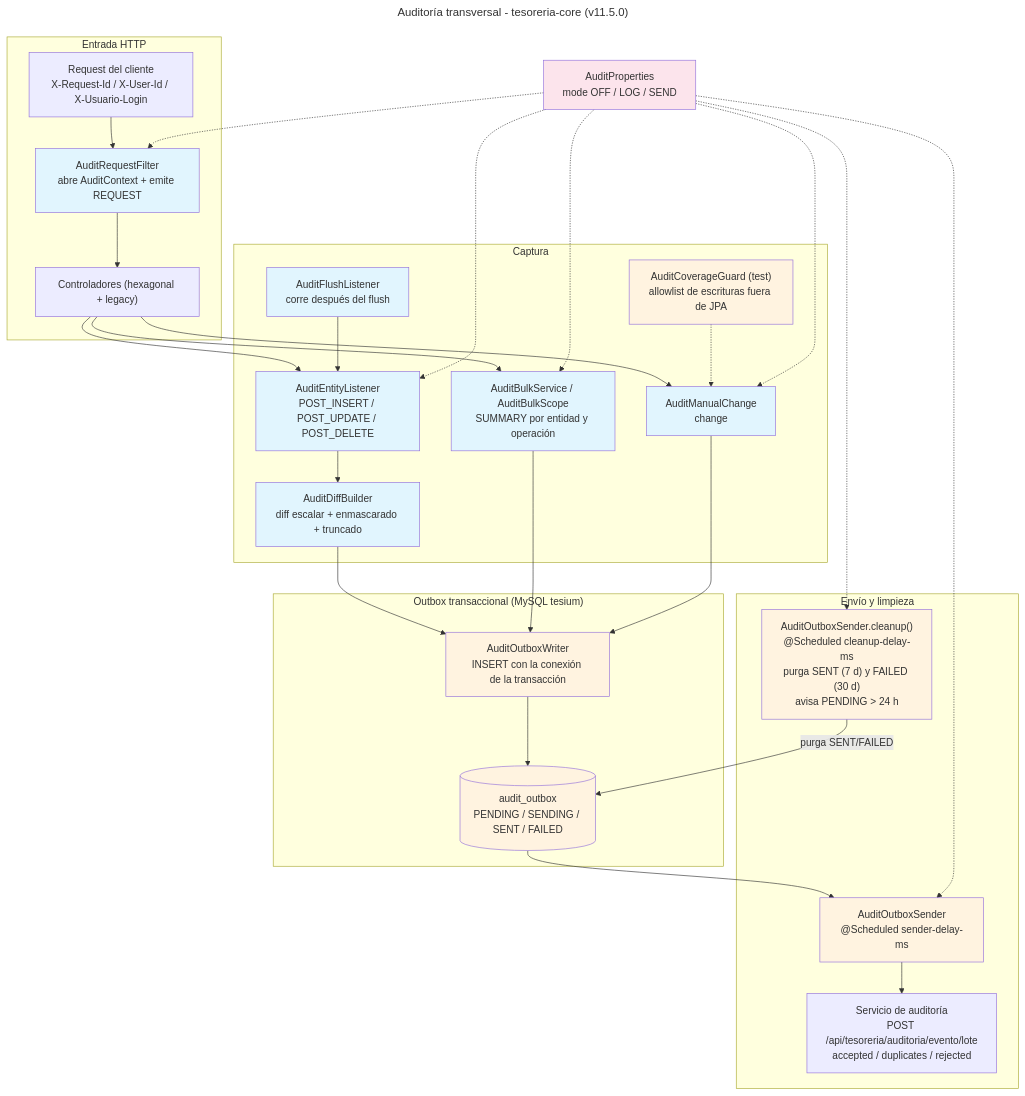
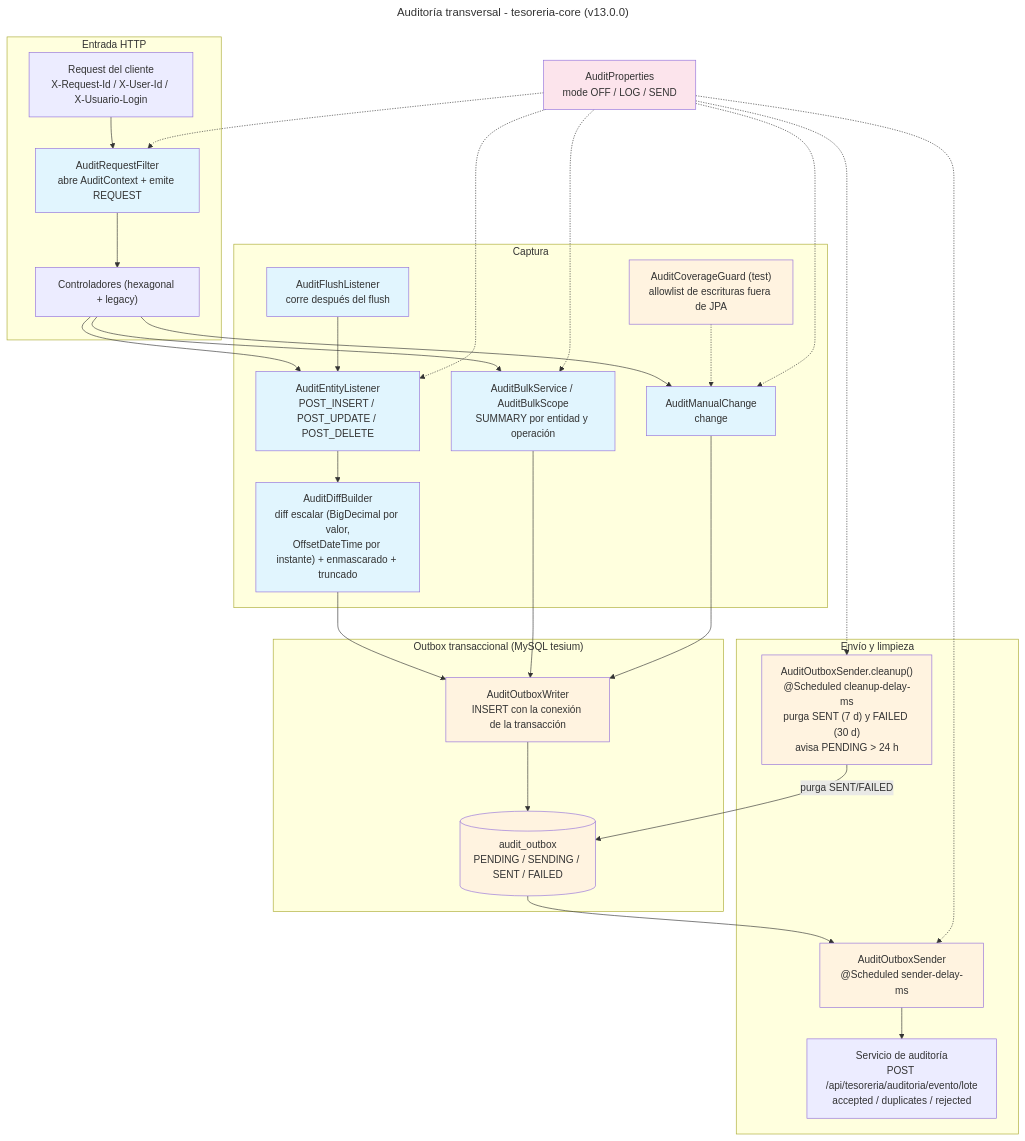
Before and after one commit to UM-services/UM.tesoreria.core-service: the diagram in docs/auditoria.mmd, drawn with Mermaid. The commit also changed 9 other files, not shown here.

```diff
--- a/docs/auditoria.mmd
+++ b/docs/auditoria.mmd
@@ -1,67 +1,67 @@
 ---
-title: Auditoría transversal - tesoreria-core (v11.5.0)
+title: Auditoría transversal - tesoreria-core (v13.0.0)
 ---
 flowchart TD
 
     subgraph Entrada["Entrada HTTP"]
         Req["Request del cliente<br/>X-Request-Id / X-User-Id / X-Usuario-Login"]
         F["AuditRequestFilter<br/>abre AuditContext + emite REQUEST"]
         Ctrl["Controladores (hexagonal + legacy)"]
     end
 
     subgraph Captura["Captura"]
         L["AuditEntityListener<br/>POST_INSERT / POST_UPDATE / POST_DELETE"]
         FL["AuditFlushListener<br/>corre después del flush"]
-        D["AuditDiffBuilder<br/>diff escalar + enmascarado + truncado"]
+        D["AuditDiffBuilder<br/>diff escalar (BigDecimal por valor,<br/>OffsetDateTime por instante) + enmascarado + truncado"]
         BS["AuditBulkService / AuditBulkScope<br/>SUMMARY por entidad y operación"]
         MC["AuditManualChange<br/>change"]
         G["AuditCoverageGuard (test)<br/>allowlist de escrituras fuera de JPA"]
     end
 
     subgraph Outbox["Outbox transaccional (MySQL tesium)"]
         W["AuditOutboxWriter<br/>INSERT con la conexión de la transacción"]
         T[("audit_outbox<br/>PENDING / SENDING / SENT / FAILED")]
     end
 
     subgraph Envio["Envío y limpieza"]
         S["AuditOutboxSender<br/>@Scheduled sender-delay-ms"]
         API["Servicio de auditoría<br/>POST /api/tesoreria/auditoria/evento/lote<br/>accepted / duplicates / rejected"]
         C["AuditOutboxSender.cleanup()<br/>@Scheduled cleanup-delay-ms<br/>purga SENT (7 d) y FAILED (30 d)<br/>avisa PENDING > 24 h"]
     end
 
     P["AuditProperties<br/>mode OFF / LOG / SEND"]
 
     Req --> F
     F --> Ctrl
     Ctrl --> L
     Ctrl --> BS
     Ctrl --> MC
     L --> D
     D --> W
     BS --> W
     MC --> W
     FL --> L
     W --> T
     T --> S
     S --> API
     C -->|"purga SENT/FAILED"| T
     G -.-> MC
     P -.-> F
     P -.-> L
     P -.-> BS
     P -.-> MC
     P -.-> S
     P -.-> C
 
     style F fill:#e1f5fe
     style L fill:#e1f5fe
     style FL fill:#e1f5fe
     style D fill:#e1f5fe
     style BS fill:#e1f5fe
     style MC fill:#e1f5fe
     style G fill:#fff3e0
     style W fill:#fff3e0
     style T fill:#fff3e0
     style S fill:#fff3e0
     style C fill:#fff3e0
     style P fill:#fce4ec
```
